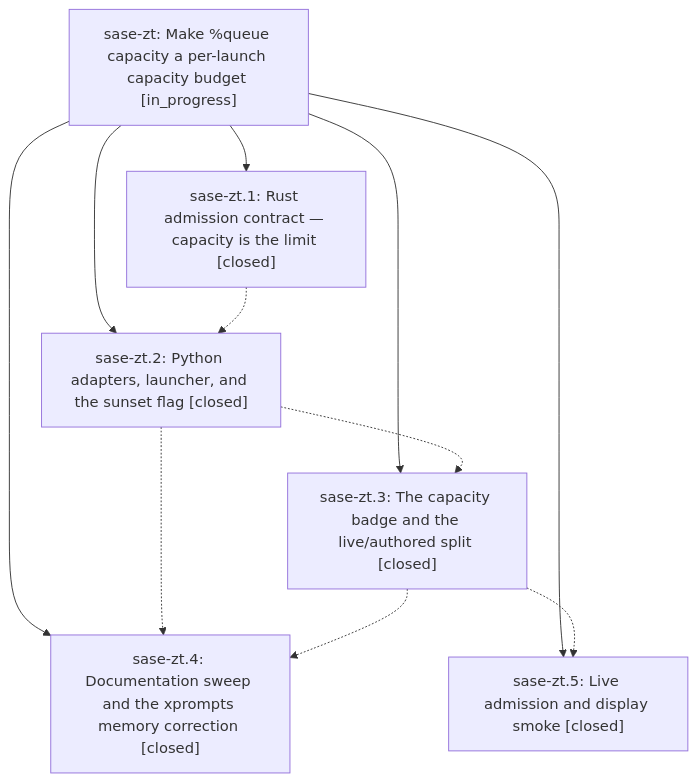
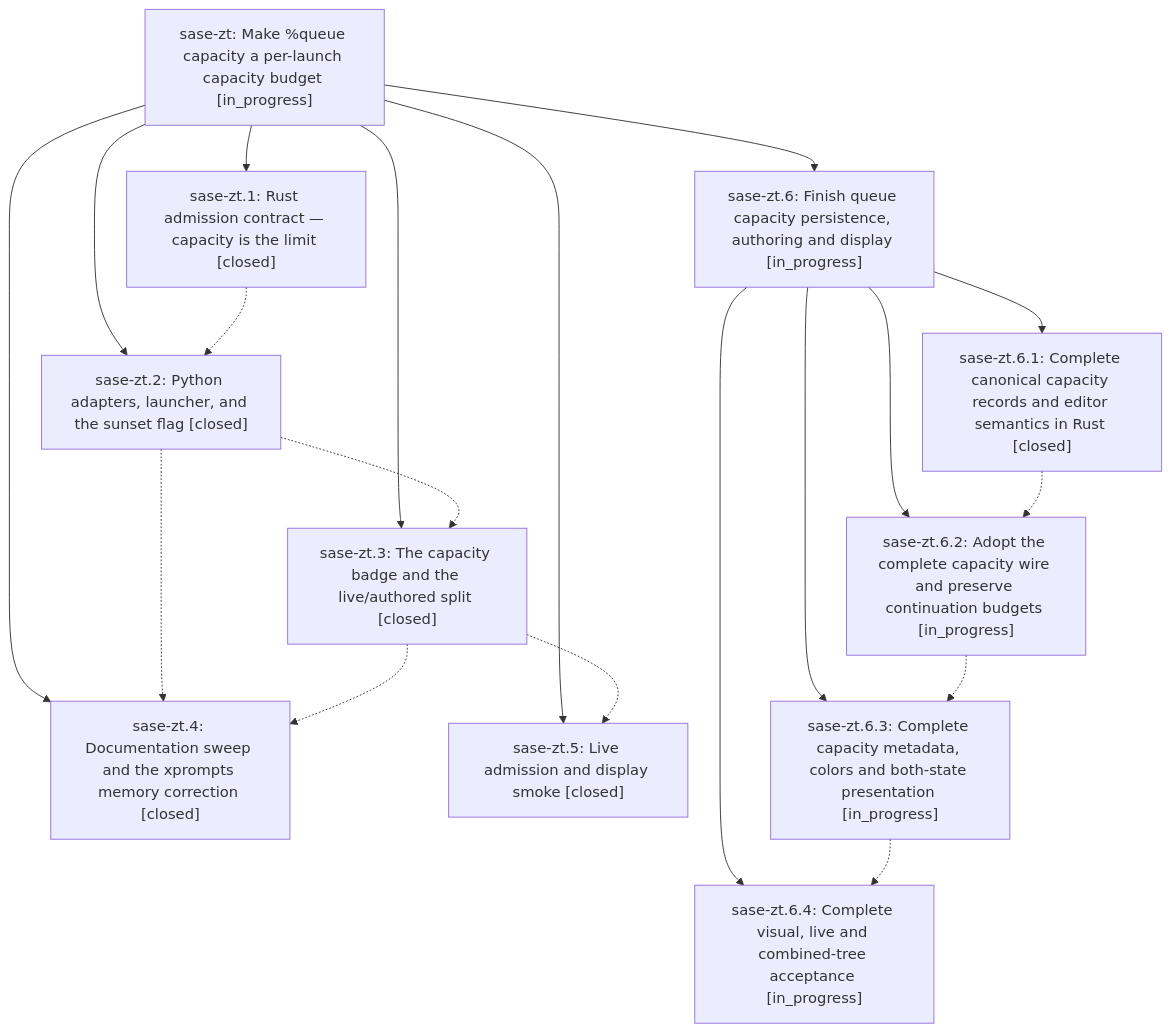
Before and after one commit to sase-org/sase--beads: the diagram in pages/sase-zt/README.md, drawn with Mermaid. The commit also changed other lines of this file and 6 other files, not shown here.

````diff
--- a/pages/sase-zt/README.md
+++ b/pages/sase-zt/README.md
@@ -32,19 +50,32 @@
 ```mermaid
 flowchart TD
     n0["sase-zt: Make %queue capacity a per-launch capacity budget [in_progress]"]
     n1["sase-zt.1: Rust admission contract — capacity is the limit [closed]"]
     n2["sase-zt.2: Python adapters, launcher, and the sunset flag [closed]"]
     n3["sase-zt.3: The capacity badge and the live/authored split [closed]"]
     n4["sase-zt.4: Documentation sweep and the xprompts memory correction [closed]"]
     n5["sase-zt.5: Live admission and display smoke [closed]"]
+    n6["sase-zt.6: Finish queue capacity persistence, authoring and display [in_progress]"]
+    n7["sase-zt.6.1: Complete canonical capacity records and editor semantics in Rust [closed]"]
+    n8["sase-zt.6.2: Adopt the complete capacity wire and preserve continuation budgets [in_progress]"]
+    n9["sase-zt.6.3: Complete capacity metadata, colors and both-state presentation [in_progress]"]
+    n10["sase-zt.6.4: Complete visual, live and combined-tree acceptance [in_progress]"]
     n0 --> n1
     n0 --> n2
     n0 --> n3
     n0 --> n4
     n0 --> n5
+    n0 --> n6
+    n6 --> n7
+    n6 --> n8
+    n6 --> n9
+    n6 --> n10
     n1 -.-> n2
     n2 -.-> n3
     n2 -.-> n4
     n3 -.-> n4
     n3 -.-> n5
+    n7 -.-> n8
+    n8 -.-> n9
+    n9 -.-> n10
 ```
````
